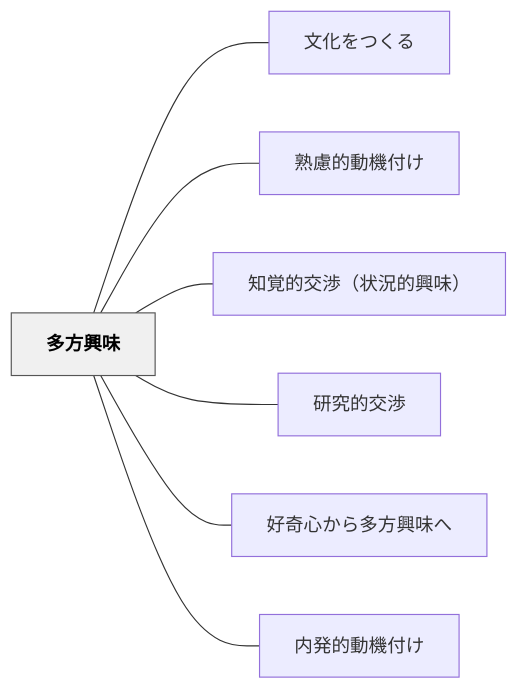
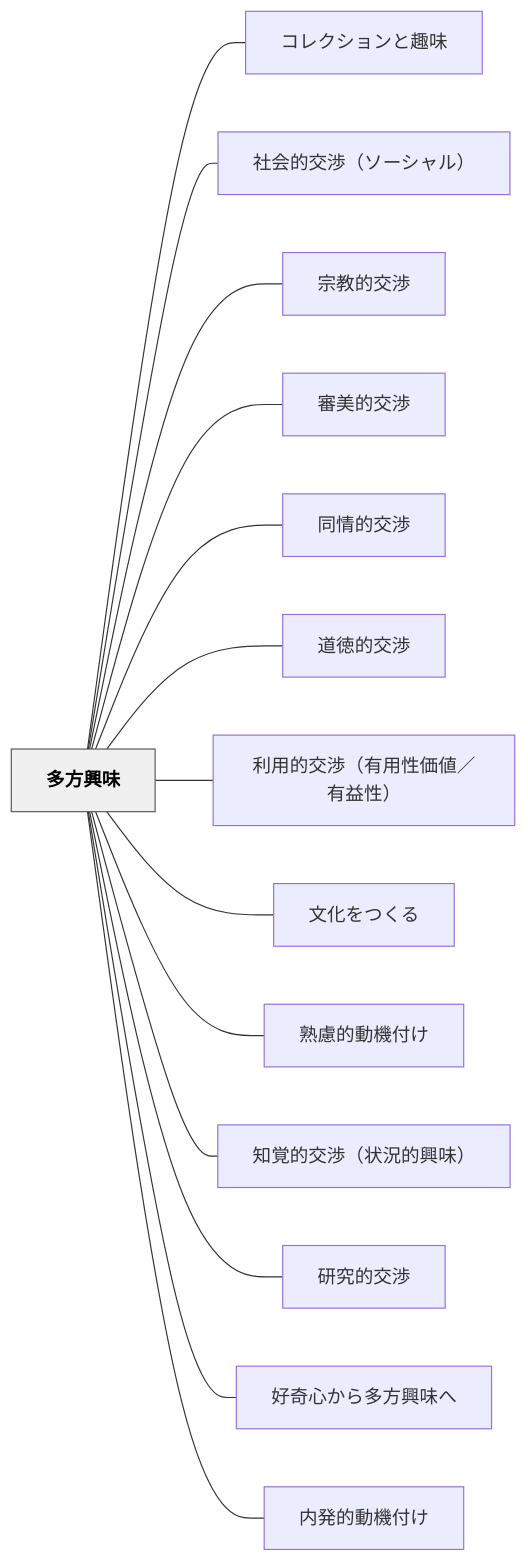
Before and after one commit to unknownthings-ed-patterns/unknownthings-ed-patterns: the diagram in content/パタン/多方興味.md, drawn with Mermaid. The commit also changed other lines of this file and 473 other files, not shown here.

````diff
--- a/content/パタン/多方興味.md
+++ b/content/パタン/多方興味.md
@@ -151,20 +158,34 @@
 ```mermaid
 flowchart LR
     ne5a49ae696b9["多方興味"]
+    ne382b3e383ac["コレクションと趣味"]
+    ne7a4bee4bc9a["社会的交渉（ソーシャル）"]
+    ne5ae97e69599["宗教的交渉"]
+    ne5afa9e7be8e["審美的交渉"]
+    ne5908ce68385["同情的交渉"]
+    ne98193e5beb3["道徳的交渉"]
+    ne588a9e794a8["利用的交渉（有用性価値／有益性）"]
     ne69687e58c96["文化をつくる"]
     ne7869fe685ae["熟慮的動機付け"]
     ne79fa5e8a69a["知覚的交渉（状況的興味）"]
     ne7a094e7a9b6["研究的交渉"]
     ne5a5bde5a587["好奇心から多方興味へ"]
     ne58685e799ba["内発的動機付け"]
 
+    ne5a49ae696b9 --- ne382b3e383ac
+    ne5a49ae696b9 --- ne7a4bee4bc9a
+    ne5a49ae696b9 --- ne5ae97e69599
+    ne5a49ae696b9 --- ne5afa9e7be8e
+    ne5a49ae696b9 --- ne5908ce68385
+    ne5a49ae696b9 --- ne98193e5beb3
+    ne5a49ae696b9 --- ne588a9e794a8
     ne5a49ae696b9 --- ne69687e58c96
     ne5a49ae696b9 --- ne7869fe685ae
     ne5a49ae696b9 --- ne79fa5e8a69a
     ne5a49ae696b9 --- ne7a094e7a9b6
     ne5a49ae696b9 --- ne5a5bde5a587
     ne5a49ae696b9 --- ne58685e799ba
 
     classDef hub fill:#f0f0f0,stroke:#555,color:#000,font-weight:bold
     class ne5a49ae696b9 hub
 ```
````
